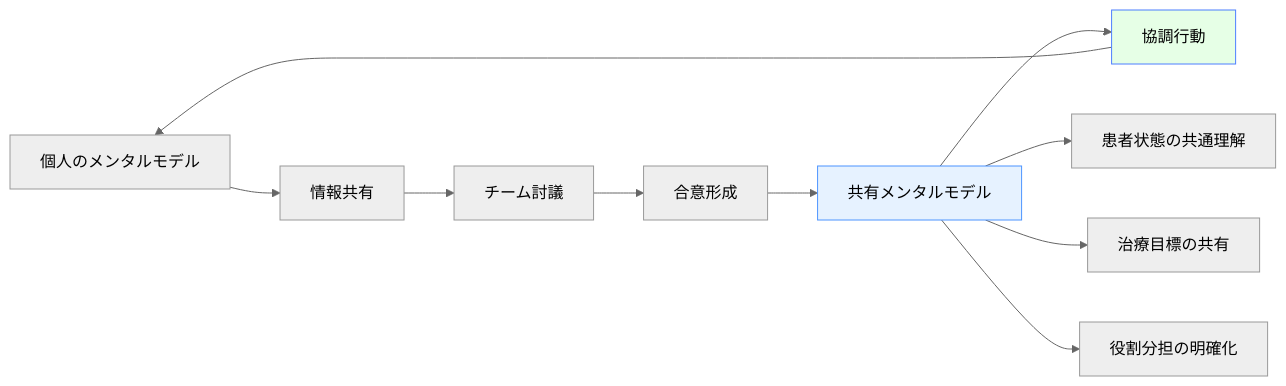
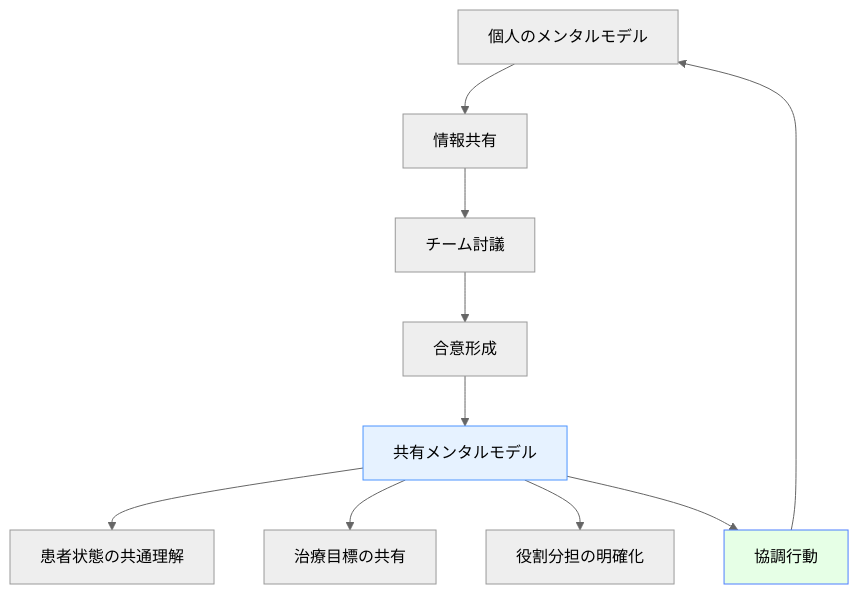
Before and after one commit to shuji-bonji/Situational-Awareness-and-Decision-Making: the sixth of 7 diagrams in docs/applications/medical-sa.md, drawn with Mermaid (neutral theme). The commit also changed other lines of this file and 51 other files, not shown here.

````diff
--- a/docs/applications/medical-sa.md
+++ b/docs/applications/medical-sa.md
@@ -364,16 +367,17 @@
 ```mermaid
-graph LR
+graph TB
     A[個人のメンタルモデル] --> B[情報共有]
     B --> C[チーム討議]
     C --> D[合意形成]
     D --> E[共有メンタルモデル]
-    E --> F[協調行動]
-    F --> A
     
     E --> G[患者状態の共通理解]
     E --> H[治療目標の共有]
     E --> I[役割分担の明確化]
+    E --> F[協調行動]
+
+    F ---> A
     
     style E fill:#e6f2ff,stroke:#4d94ff
     style F fill:#e6ffe6,stroke:#4d7fff
 ```
````
